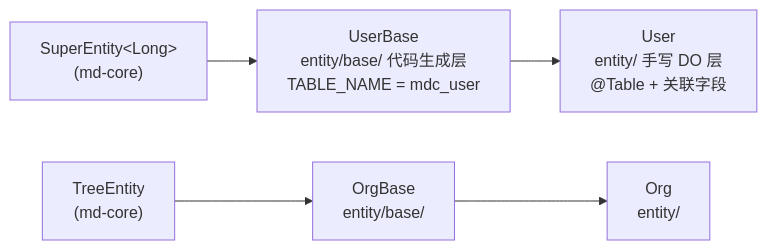
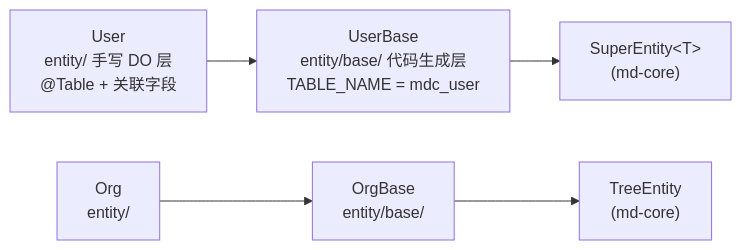
The diagram in src/doc/source/md-public/md-common-pojo.md (henhen6/mdp-docs), drawn with Mermaid before and after one commit. The commit also changed other lines of this file and 4 other files, not shown here.

````diff
--- a/src/doc/source/md-public/md-common-pojo.md
+++ b/src/doc/source/md-public/md-common-pojo.md
@@ -25,7 +27,7 @@
 ```mermaid
 flowchart LR
-    SE["SuperEntity&lt;Long&gt;<br/>(md-core)"] --> UB["UserBase<br/>entity/base/ 代码生成层<br/>TABLE_NAME = mdc_user"]
-    UB --> U["User<br/>entity/ 手写 DO 层<br/>@Table + 关联字段"]
-    TE["TreeEntity<br/>(md-core)"] --> OB["OrgBase<br/>entity/base/"]
-    OB --> O["Org<br/>entity/"]
+    UB["UserBase<br/>entity/base/ 代码生成层<br/>TABLE_NAME = mdc_user"] --> SE["SuperEntity&lt;T&gt;<br/>(md-core)"]
+    U["User<br/>entity/ 手写 DO 层<br/>@Table + 关联字段"] --> UB
+    OB["OrgBase<br/>entity/base/"] --> TE["TreeEntity<br/>(md-core)"]
+    O["Org<br/>entity/"] --> OB
 ```
````
